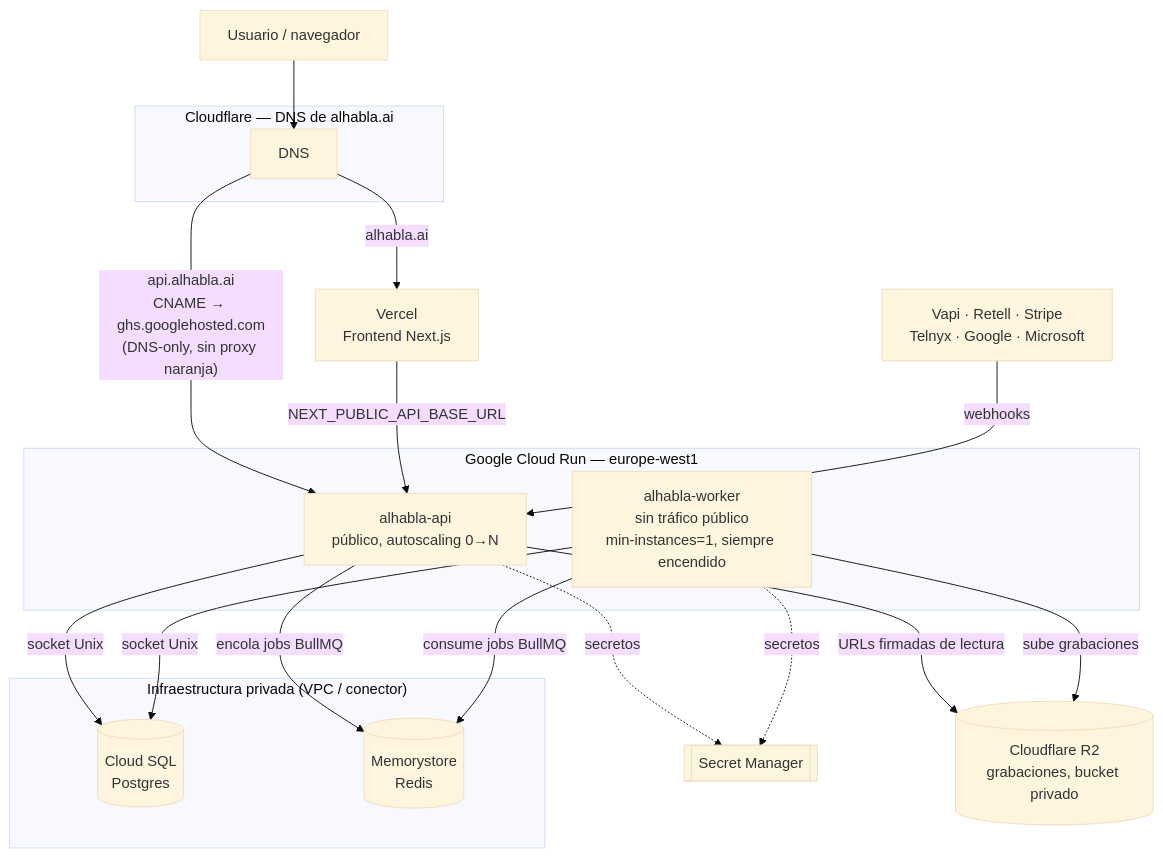
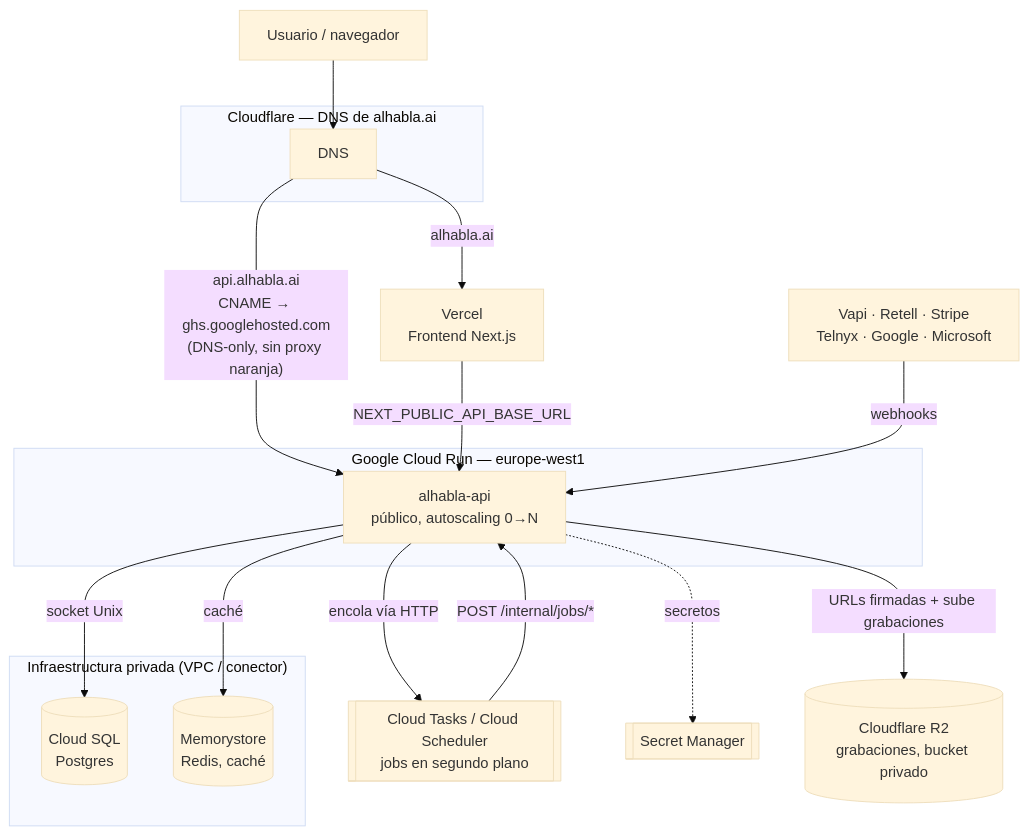
Before and after one commit to MMARTID/botbook: the diagram in README.md, drawn with Mermaid (base theme). The commit also changed other lines of this file and 3 other files, not shown here.

First line of the commit message:
docs: reflejar servicio único Cloud Run y Cloud Tasks (sin alhabla-worker/BullMQ)

````diff
--- a/README.md
+++ b/README.md
@@ -98,38 +99,37 @@
 ```mermaid
 graph TD
     U[Usuario / navegador]
 
     subgraph CF["Cloudflare — DNS de alhabla.ai"]
         DNS[DNS]
     end
 
     U --> DNS
     DNS -->|alhabla.ai| VERCEL[Vercel<br/>Frontend Next.js]
     DNS -->|"api.alhabla.ai<br/>CNAME → ghs.googlehosted.com<br/>(DNS-only, sin proxy naranja)"| CR_API
 
     VERCEL -->|NEXT_PUBLIC_API_BASE_URL| CR_API
 
     subgraph GCP["Google Cloud Run — europe-west1"]
         CR_API[alhabla-api<br/>público, autoscaling 0→N]
-        CR_WORKER[alhabla-worker<br/>sin tráfico público<br/>min-instances=1, siempre encendido]
     end
+
+    CTS[[Cloud Tasks / Cloud Scheduler<br/>jobs en segundo plano]]
 
     subgraph VPC["Infraestructura privada (VPC / conector)"]
         SQL[(Cloud SQL<br/>Postgres)]
-        REDIS[(Memorystore<br/>Redis)]
+        REDIS[(Memorystore<br/>Redis, caché)]
     end
 
     SM[[Secret Manager]]
     R2[(Cloudflare R2<br/>grabaciones, bucket privado)]
     EXT[Vapi · Retell · Stripe<br/>Telnyx · Google · Microsoft]
 
     CR_API -->|socket Unix| SQL
-    CR_WORKER -->|socket Unix| SQL
-    CR_API -->|encola jobs BullMQ| REDIS
-    CR_WORKER -->|consume jobs BullMQ| REDIS
+    CR_API -->|caché| REDIS
+    CR_API -->|encola vía HTTP| CTS
+    CTS -->|POST /internal/jobs/*| CR_API
     CR_API -.->|secretos| SM
-    CR_WORKER -.->|secretos| SM
-    CR_API -->|URLs firmadas de lectura| R2
-    CR_WORKER -->|sube grabaciones| R2
+    CR_API -->|URLs firmadas + sube grabaciones| R2
     EXT -->|webhooks| CR_API
 ```
````
